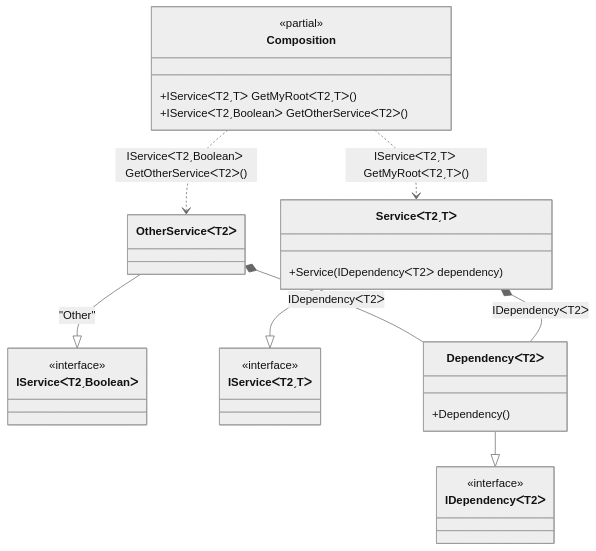
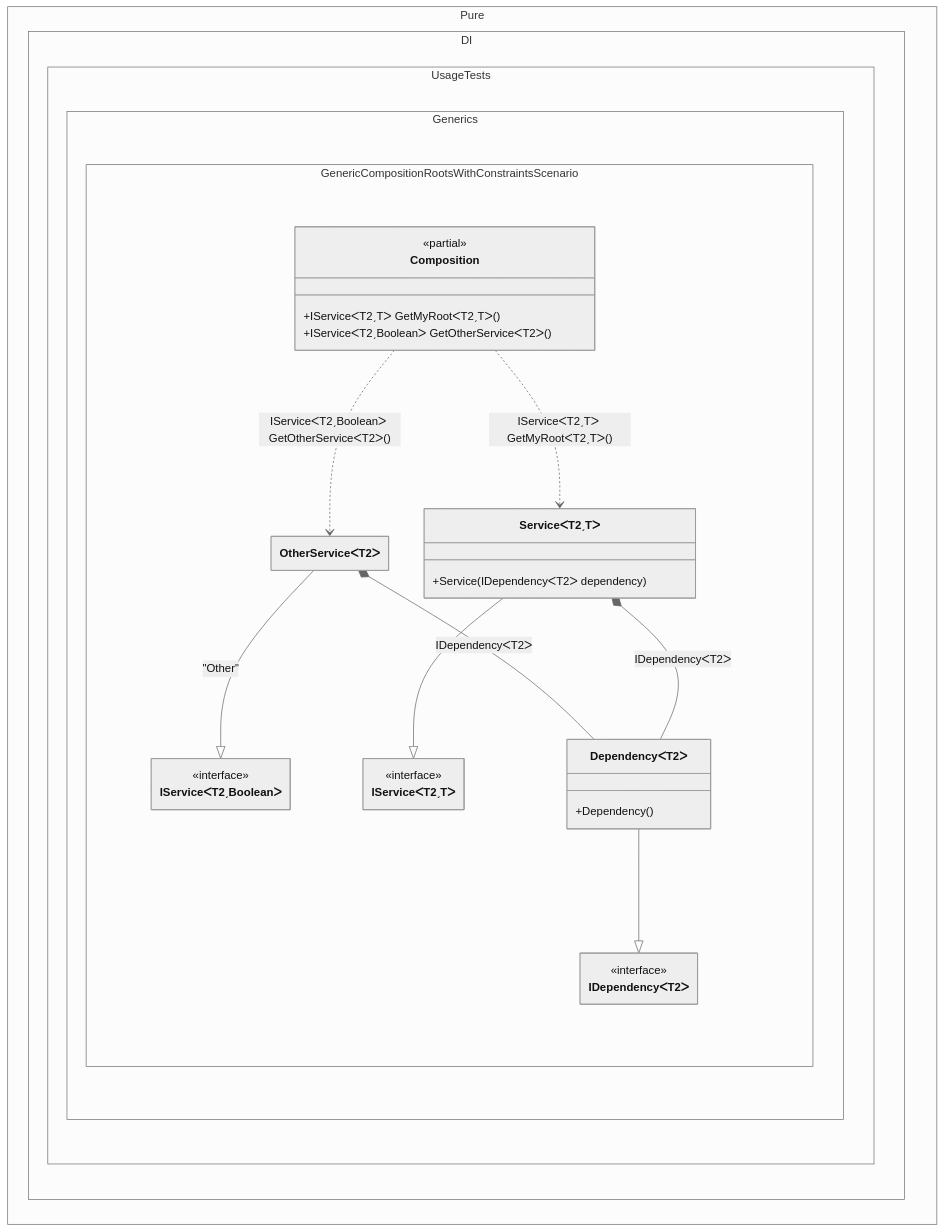
Before and after one commit to DevTeam/Pure.DI: the diagram in readme/generic-composition-roots-with-constraints.md, drawn with Mermaid (neutral theme). The commit also changed 103 other files, not shown here.

Commit message:
Improved class diagrams

````diff
--- a/readme/generic-composition-roots-with-constraints.md
+++ b/readme/generic-composition-roots-with-constraints.md
@@ -103,31 +103,39 @@
 ```mermaid
+---
+ config:
+  class:
+   hideEmptyMembersBox: true
+---
 classDiagram
-	class Composition {
-		<<partial>>
-		+IServiceᐸT2ˏTᐳ GetMyRootᐸT2ˏTᐳ()
-		+IServiceᐸT2ˏBooleanᐳ GetOtherServiceᐸT2ᐳ()
-	}
 	OtherServiceᐸT2ᐳ --|> IServiceᐸT2ˏBooleanᐳ : "Other" 
-	class OtherServiceᐸT2ᐳ
 	ServiceᐸT2ˏTᐳ --|> IServiceᐸT2ˏTᐳ
-	class ServiceᐸT2ˏTᐳ {
-		+Service(IDependencyᐸT2ᐳ dependency)
-	}
 	DependencyᐸT2ᐳ --|> IDependencyᐸT2ᐳ
-	class DependencyᐸT2ᐳ {
-		+Dependency()
-	}
-	class IServiceᐸT2ˏBooleanᐳ {
-		<<interface>>
-	}
-	class IServiceᐸT2ˏTᐳ {
-		<<interface>>
-	}
-	class IDependencyᐸT2ᐳ {
-		<<interface>>
-	}
 	Composition ..> OtherServiceᐸT2ᐳ : IServiceᐸT2ˏBooleanᐳ GetOtherServiceᐸT2ᐳ()
 	Composition ..> ServiceᐸT2ˏTᐳ : IServiceᐸT2ˏTᐳ GetMyRootᐸT2ˏTᐳ()
 	OtherServiceᐸT2ᐳ *--  DependencyᐸT2ᐳ : IDependencyᐸT2ᐳ
 	ServiceᐸT2ˏTᐳ *--  DependencyᐸT2ᐳ : IDependencyᐸT2ᐳ
+	namespace Pure.DI.UsageTests.Generics.GenericCompositionRootsWithConstraintsScenario {
+		class Composition {
+		<<partial>>
+		+IServiceᐸT2ˏTᐳ GetMyRootᐸT2ˏTᐳ()
+		+IServiceᐸT2ˏBooleanᐳ GetOtherServiceᐸT2ᐳ()
+		}
+		class DependencyᐸT2ᐳ {
+			+Dependency()
+		}
+		class IDependencyᐸT2ᐳ {
+			<<interface>>
+		}
+		class IServiceᐸT2ˏBooleanᐳ {
+			<<interface>>
+		}
+		class IServiceᐸT2ˏTᐳ {
+			<<interface>>
+		}
+		class OtherServiceᐸT2ᐳ {
+		}
+		class ServiceᐸT2ˏTᐳ {
+			+Service(IDependencyᐸT2ᐳ dependency)
+		}
+	}
 ```
````
